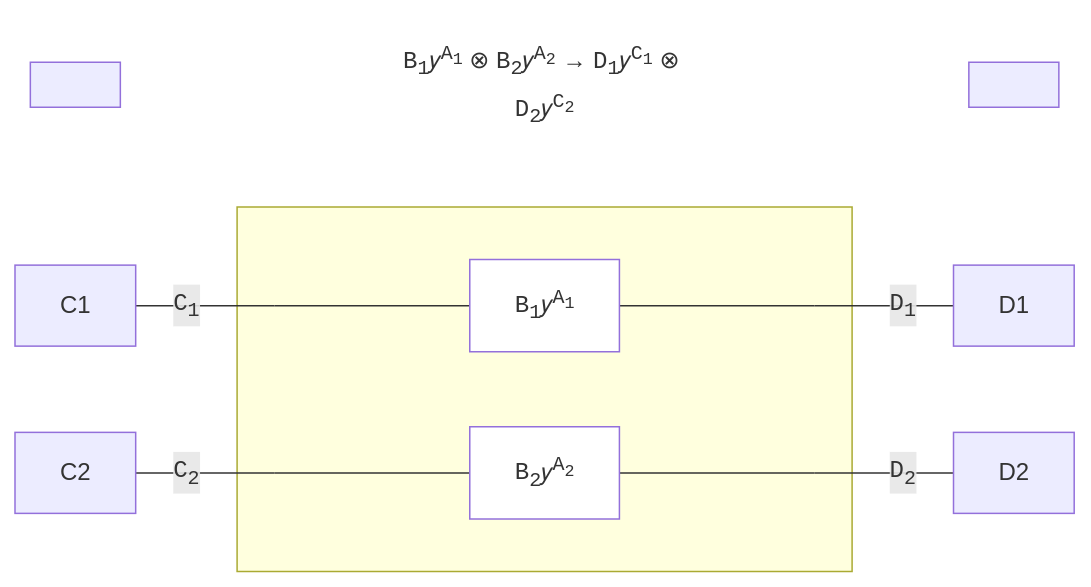
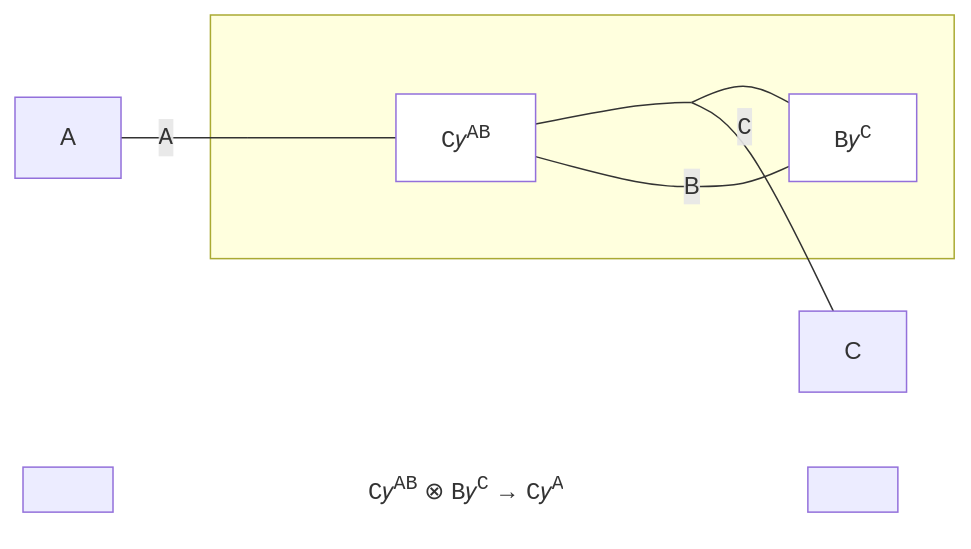
The second of 2 diagrams in README.md (julianpeeters/polynomial), drawn with Mermaid before and after one commit. The commit also changed other lines of this file and 4 other files, not shown here.

Commit message:
Add Mermaid instance for tensored monomial interface to monomial interface

````diff
--- a/README.md
+++ b/README.md
@@ -105,22 +105,21 @@
 ```mermaid
 graph LR;
-  TitleStart[ ]:::hidden~~~~TitleBody[<span style="font-family:Courier">B<sub>1</sub></span>𝑦<sup><span style="font-family:Courier">A<sub>1</sub></span></sup> ⊗ <span style="font-family:Courier">B<sub>2</sub></span>𝑦<sup><span style="font-family:Courier">A<sub>2</sub></span></sup> → <span style="font-family:Courier">D<sub>1</sub></span>𝑦<sup><span style="font-family:Courier">C<sub>1</sub></span></sup> ⊗ <span style="font-family:Courier">D<sub>2</sub></span>𝑦<sup><span style="font-family:Courier">C<sub>2</sub></span></sup>]:::title~~~~TitleEnd[ ]:::hidden
-  C1:::hidden---|<span style="font-family:Courier">C<sub>1</sub></span>|A_B1[ ]:::point
+  TitleStart[ ]:::hidden~~~~TitleBody[<span style="font-family:Courier">C</span>𝑦<sup><span style="font-family:Courier">AB</span></sup> ⊗ <span style="font-family:Courier">B</span>𝑦<sup><span style="font-family:Courier">C</span></sup> → <span style="font-family:Courier">C</span>𝑦<sup><span style="font-family:Courier">A</span></sup>]:::title~~~~TitleEnd[ ]:::hidden
+  A:::hidden---|<span style="font-family:Courier">A</span>|A_P1[ ]:::point
 subgraph s[ ]
-  A_B1:::point---B1
-  B1[<span style="font-family:Courier">B<sub>1</sub></span>𝑦<sup><span style="font-family:Courier">A<sub>1</sub></span></sup>]:::empty
-  B1---B_B1
+  A_P1:::point---P1
+  P1[<span style="font-family:Courier">C</span>𝑦<sup><span style="font-family:Courier">AB</span></sup>]:::empty
+  P1---Split1[ ]:::point
 end
-B_B1[ ]:::point---|<span style="font-family:Courier">D<sub>1</sub></span>|D1:::hidden;
-C2:::hidden---|<span style="font-family:Courier">C<sub>2</sub></span>|A_B2[ ]:::point
+Split1---P2---|B|P1
+A_P2[ ]:::point
 subgraph s[ ]
-  A_B2:::point---B2
-  B2[<span style="font-family:Courier">B<sub>2</sub></span>𝑦<sup><span style="font-family:Courier">A<sub>2</sub></span></sup>]:::empty
-  B2---B_B2
-end
-B_B2[ ]:::point---|<span style="font-family:Courier">D<sub>2</sub></span>|D2:::hidden;
+  
+  P2[<span style="font-family:Courier">B</span>𝑦<sup><span style="font-family:Courier">C</span></sup>]:::empty
+  end
+Split1---|<span style="font-family:Courier">C</span>|C:::hidden;
 
 classDef empty fill:background;
 classDef point width:0px, height:0px;
 classDef title stroke-width:0px, fill:background;
 ```
````
